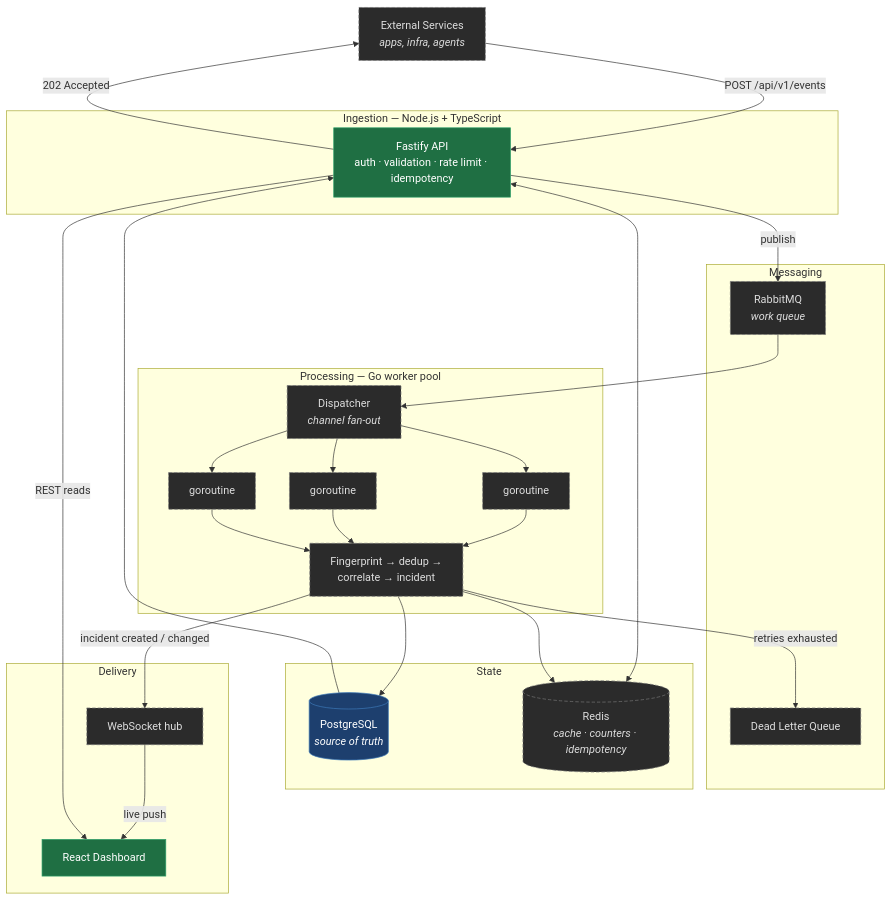
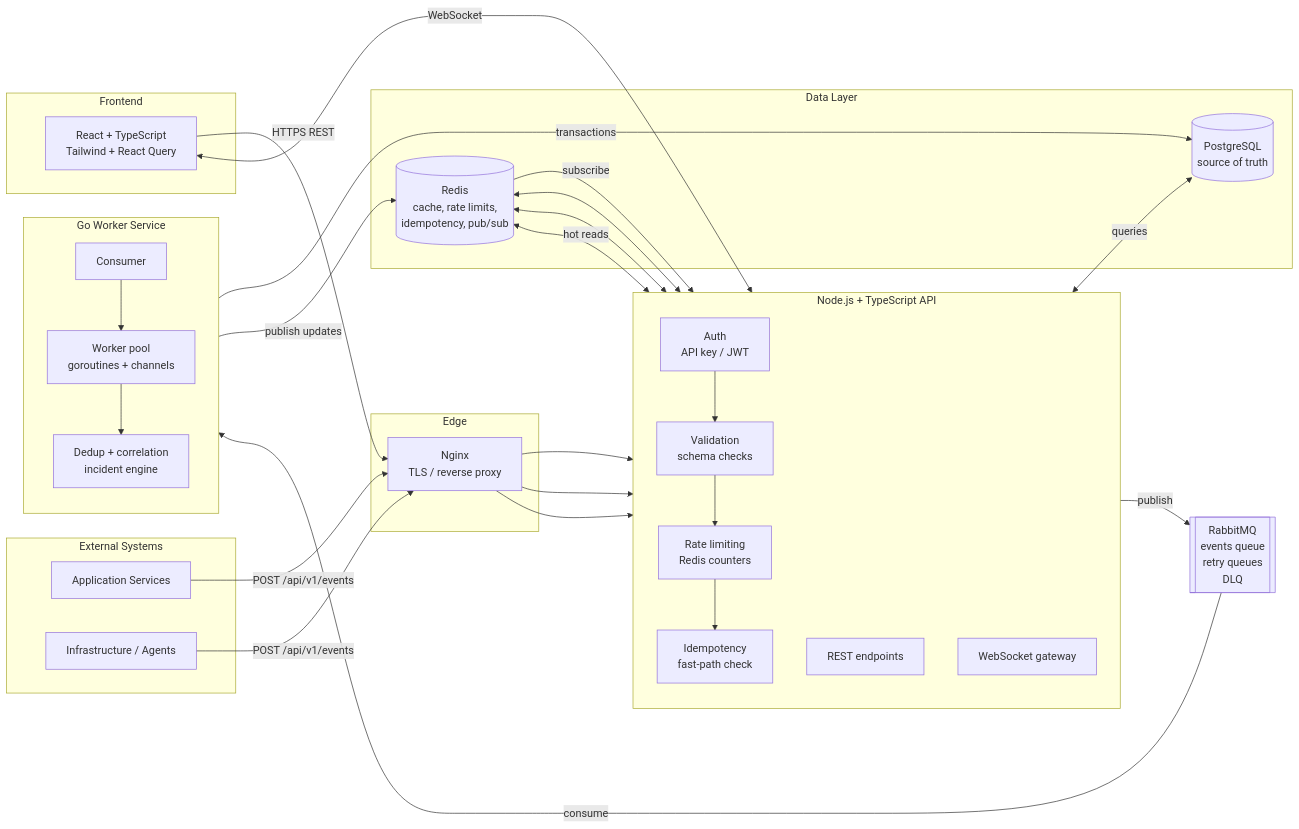
Before and after one commit to man-singh-dev/SentinelOps: the first of 6 diagrams in README.md, drawn with Mermaid. The commit also changed other lines of this file, not shown here.

````diff
--- a/README.md
+++ b/README.md
@@ -58,54 +69,60 @@
 ```mermaid
-flowchart TB
-    ext["External Services<br/><i>apps, infra, agents</i>"]
-
-    subgraph ingest["Ingestion — Node.js + TypeScript"]
-        api["Fastify API<br/>auth · validation · rate limit · idempotency"]
+flowchart LR
+    subgraph EXT["External Systems"]
+        S1["Application Services"]
+        S2["Infrastructure / Agents"]
     end
 
-    subgraph broker["Messaging"]
-        mq["RabbitMQ<br/><i>work queue</i>"]
-        dlq["Dead Letter Queue"]
+    subgraph EDGE["Edge"]
+        NG["Nginx<br/>TLS / reverse proxy"]
     end
 
-    subgraph proc["Processing — Go worker pool"]
-        disp["Dispatcher<br/><i>channel fan-out</i>"]
-        w1["goroutine"]
-        w2["goroutine"]
-        w3["goroutine"]
-        logic["Fingerprint → dedup →<br/>correlate → incident"]
+    subgraph API["Node.js + TypeScript API"]
+        direction TB
+        A1["Auth<br/>API key / JWT"]
+        A2["Validation<br/>schema checks"]
+        A3["Rate limiting<br/>Redis counters"]
+        A4["Idempotency<br/>fast-path check"]
+        A5["REST endpoints"]
+        A6["WebSocket gateway"]
     end
 
-    subgraph data["State"]
-        pg[("PostgreSQL<br/><i>source of truth</i>")]
-        redis[("Redis<br/><i>cache · counters · idempotency</i>")]
+    MQ[["RabbitMQ<br/>events queue<br/>retry queues<br/>DLQ"]]
+
+    subgraph WORKERS["Go Worker Service"]
+        direction TB
+        W1["Consumer"]
+        W2["Worker pool<br/>goroutines + channels"]
+        W3["Dedup + correlation<br/>incident engine"]
     end
 
-    subgraph serve["Delivery"]
-        ws["WebSocket hub"]
-        web["React Dashboard"]
+    subgraph DATA["Data Layer"]
+        PG[("PostgreSQL<br/>source of truth")]
+        RD[("Redis<br/>cache, rate limits,<br/>idempotency, pub/sub")]
     end
 
-    ext -->|"POST /api/v1/events"| api
-    api -->|"202 Accepted"| ext
-    api -->|publish| mq
-    api <--> redis
-    mq --> disp
-    disp --> w1 & w2 & w3
-    w1 & w2 & w3 --> logic
-    logic -->|"retries exhausted"| dlq
-    logic --> pg
-    logic --> redis
-    logic -->|"incident created / changed"| ws
-    pg --> api
-    ws -->|"live push"| web
-    api -->|"REST reads"| web
+    subgraph UI["Frontend"]
+        FE["React + TypeScript<br/>Tailwind + React Query"]
+    end
 
-    classDef built fill:#1f6f43,stroke:#2ea06a,color:#fff
-    classDef planned fill:#2b2b2b,stroke:#777,color:#ddd,stroke-dasharray: 5 3
-    classDef store fill:#1d3f6e,stroke:#3d7ab8,color:#fff
+    S1 -->|"POST /api/v1/events"| NG
+    S2 -->|"POST /api/v1/events"| NG
+    NG --> A1
+    A1 --> A2 --> A3 --> A4
+    A4 -->|"publish"| MQ
+    A3 <--> RD
+    A4 <--> RD
 
-    class api,web built
-    class pg store
-    class mq,dlq,disp,w1,w2,w3,logic,ws,redis,ext planned
+    MQ -->|"consume"| W1 --> W2 --> W3
+    W3 -->|"transactions"| PG
+    W3 -->|"publish updates"| RD
+
+    RD -->|"subscribe"| A6
+    A5 <-->|"queries"| PG
+    A5 <-->|"hot reads"| RD
+
+    FE -->|"HTTPS REST"| NG
+    FE <-->|"WebSocket"| A6
+    NG --> A5
+    NG --> A6
 ```
````
